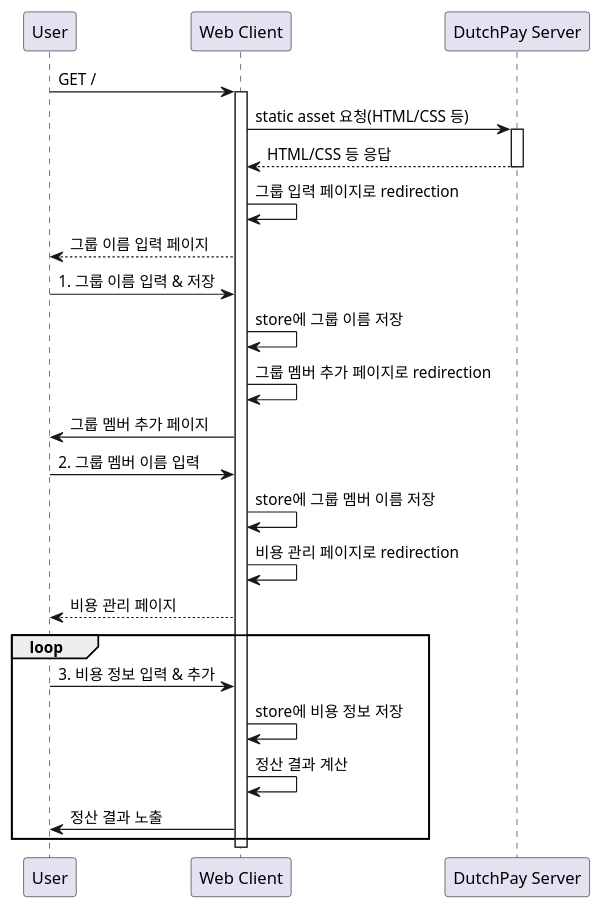
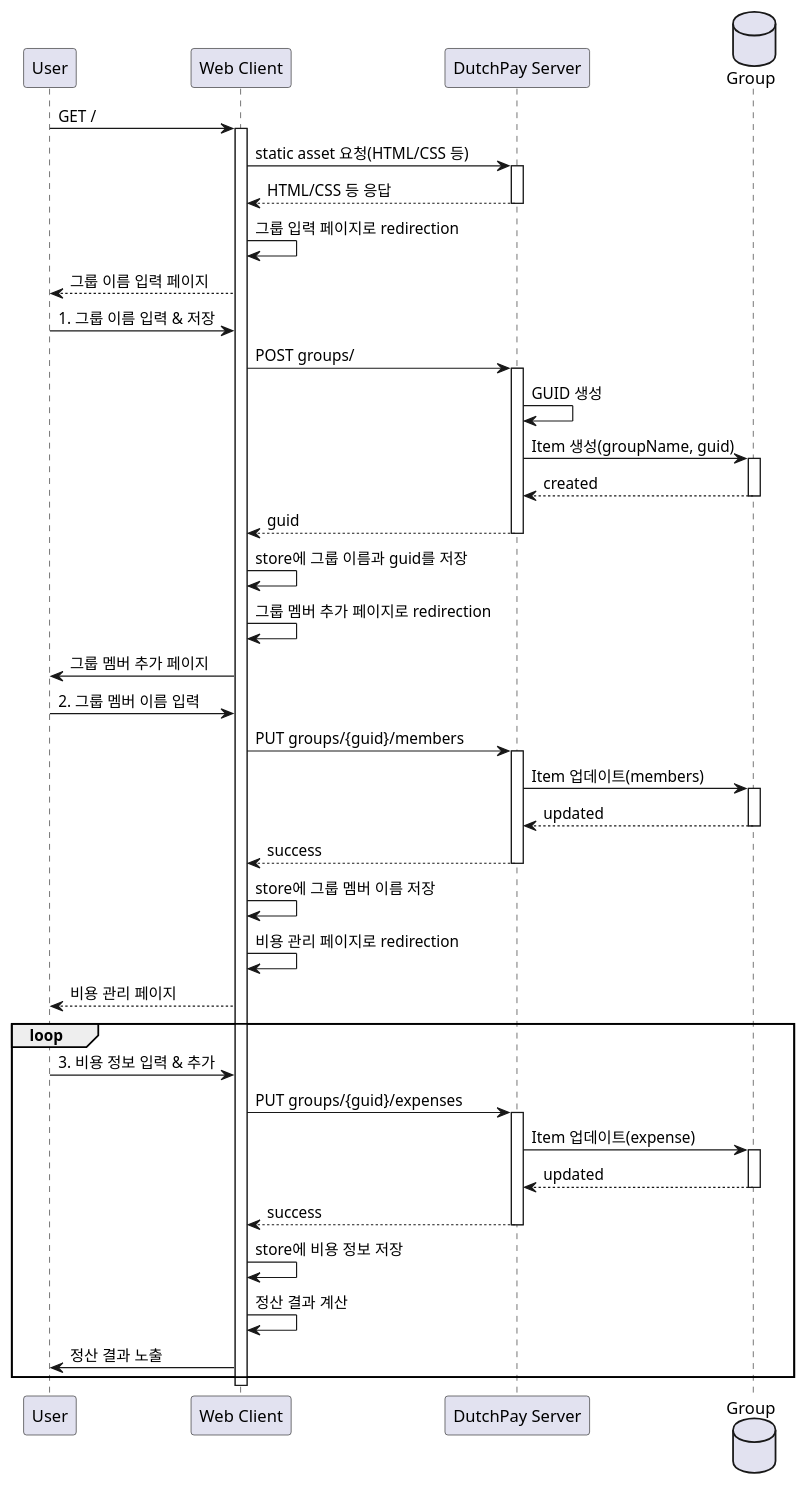
The diagram in docs/sequence_diagram.plantuml (aria-grande/dutchpay-fastcampus), drawn with PlantUML before and after one commit.

Commit message:
백엔드 추가에 따른 시퀀스 다이어 그램 업데이트

```diff
--- a/docs/sequence_diagram.plantuml
+++ b/docs/sequence_diagram.plantuml
@@ -1,35 +1,61 @@
 @startuml
 participant User
 participant "Web Client" as C
 participant "DutchPay Server" as S
+database "Group" as DB
 
 User -> C: GET /
 activate C
 C -> S: static asset 요청(HTML/CSS 등)
 activate S
 S --> C: HTML/CSS 등 응답
 deactivate S
 
 C -> C: 그룹 입력 페이지로 redirection
 C --> User:그룹 이름 입력 페이지
 
 User -> C: 1. 그룹 이름 입력 & 저장
-C -> C: store에 그룹 이름 저장
+C -> S: POST groups/
+activate S
+S -> S : GUID 생성
+S -> DB: Item 생성(groupName, guid)
+activate DB
+DB --> S : created
+deactivate DB
+S --> C: guid
+deactivate S
+C -> C: store에 그룹 이름과 guid를 저장
 C -> C: 그룹 멤버 추가 페이지로 redirection
 
 C -> User: 그룹 멤버 추가 페이지
 User -> C: 2. 그룹 멤버 이름 입력
+C -> S: PUT groups/{guid}/members
+activate S
+S -> DB: Item 업데이트(members)
+activate DB
+DB --> S: updated
+deactivate DB
+S --> C: success
+deactivate S
 C -> C: store에 그룹 멤버 이름 저장
 C -> C: 비용 관리 페이지로 redirection
 C --> User: 비용 관리 페이지
 
 loop
   User -> C: 3. 비용 정보 입력 & 추가
+  C -> S: PUT groups/{guid}/expenses
+  activate S
+  S -> DB: Item 업데이트(expense)
+  activate DB
+  DB --> S: updated
+  deactivate DB
+  S --> C: success
+  deactivate S
   C -> C: store에 비용 정보 저장
   C -> C: 정산 결과 계산
   C -> User: 정산 결과 노출
 end
 
 deactivate C
 
 @enduml
```
